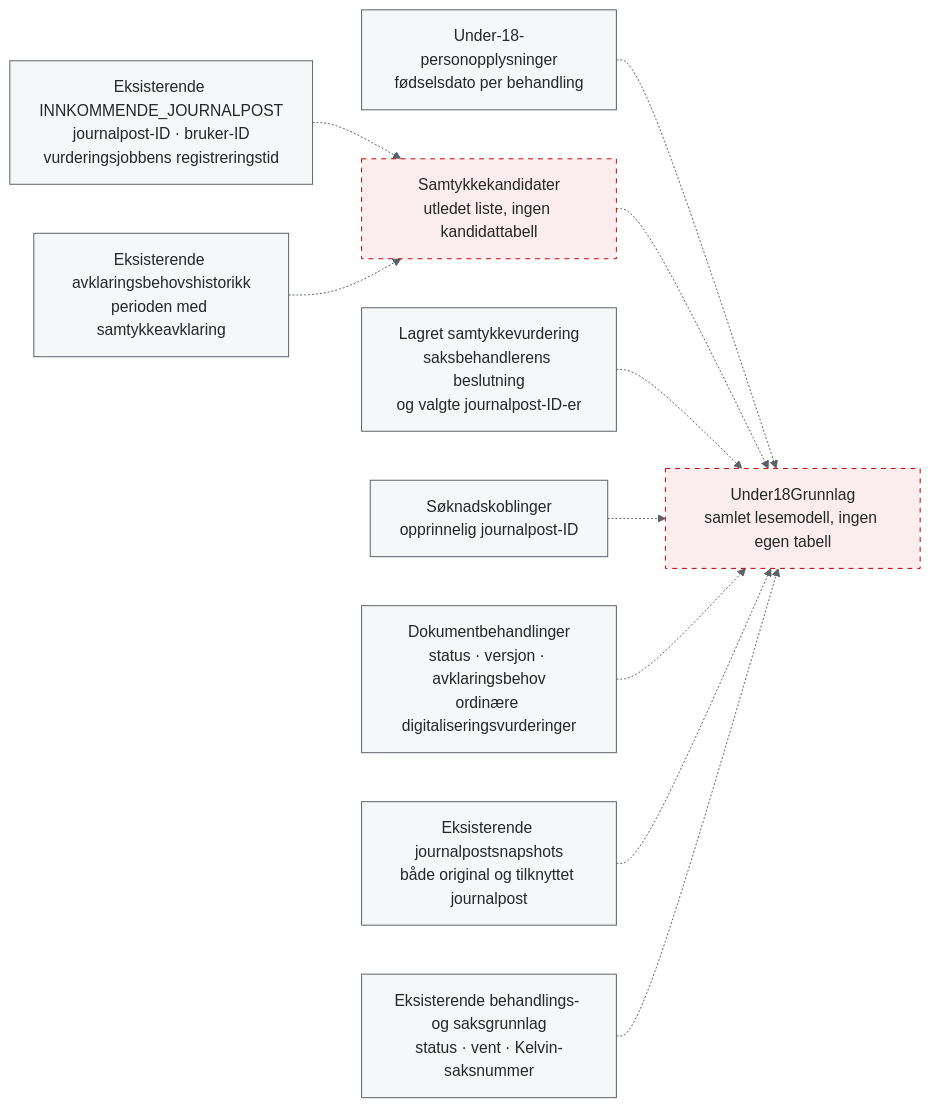
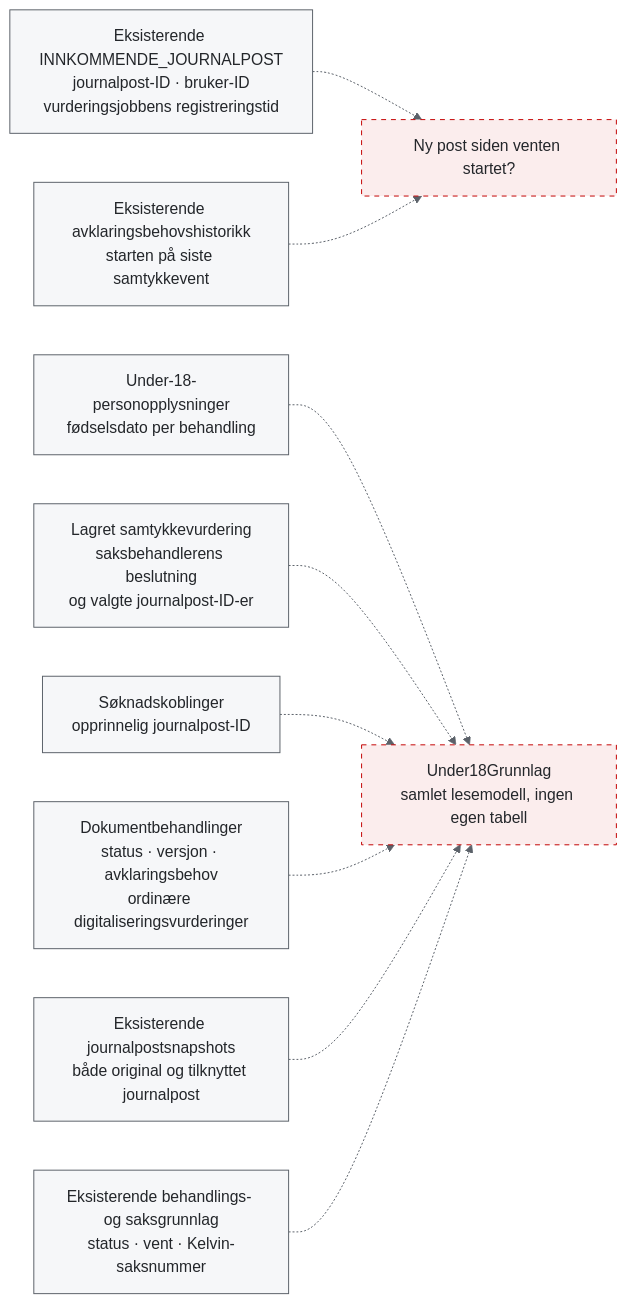
One commit to navikt/aap-postmottak-backend changed the fourth of 6 diagrams in under-18-flyt.md. Above: the diagram before and after it, drawn with Mermaid. The commit also changed other lines of this file and 33 other files, not shown here.

````diff
--- a/under-18-flyt.md
+++ b/under-18-flyt.md
@@ -389,27 +400,26 @@
 ```mermaid
 %%{init: {"theme":"base","themeVariables":{"primaryColor":"#F6F7F9","primaryTextColor":"#23262A","primaryBorderColor":"#5B6169","lineColor":"#5B6169","secondaryColor":"#FBEDED","tertiaryColor":"#F6F7F9","background":"#FFFFFF"}}}%%
 flowchart LR
     mottak["Eksisterende INNKOMMENDE_JOURNALPOST<br/>journalpost-ID · bruker-ID<br/>vurderingsjobbens registreringstid"]
     personopplysninger["Under-18-personopplysninger<br/>fødselsdato per behandling"]
-    historikk["Eksisterende avklaringsbehovshistorikk<br/>perioden med samtykkeavklaring"]
-    kandidater["Samtykkekandidater<br/>utledet liste, ingen kandidattabell"]
+    historikk["Eksisterende avklaringsbehovshistorikk<br/>starten på siste samtykkevent"]
+    nyPost["Ny post siden venten startet?"]
     samtykke["Lagret samtykkevurdering<br/>saksbehandlerens beslutning<br/>og valgte journalpost-ID-er"]
     soknader["Søknadskoblinger<br/>opprinnelig journalpost-ID"]
     dokumentbehandlinger["Dokumentbehandlinger<br/>status · versjon · avklaringsbehov<br/>ordinære digitaliseringsvurderinger"]
     journalposter["Eksisterende journalpostsnapshots<br/>både original og tilknyttet journalpost"]
     behandling["Eksisterende behandlings- og saksgrunnlag<br/>status · vent · Kelvin-saksnummer"]
     grunnlag["Under18Grunnlag<br/>samlet lesemodell, ingen egen tabell"]
-    mottak -.-> kandidater
+    mottak -.-> nyPost
     personopplysninger -.-> grunnlag
-    historikk -.-> kandidater
-    kandidater -.-> grunnlag
+    historikk -.-> nyPost
     samtykke -.-> grunnlag
     soknader -.-> grunnlag
     dokumentbehandlinger -.-> grunnlag
     journalposter -.-> grunnlag
     behandling -.-> grunnlag
     classDef lagret fill:#F6F7F9,stroke:#5B6169,color:#23262A
     classDef utledet fill:#FBEDED,stroke:#C30000,color:#23262A,stroke-dasharray:5 5
     class mottak,personopplysninger,historikk,samtykke,soknader,dokumentbehandlinger,journalposter,behandling lagret
-    class kandidater,grunnlag utledet
+    class nyPost,grunnlag utledet
 ```
````
